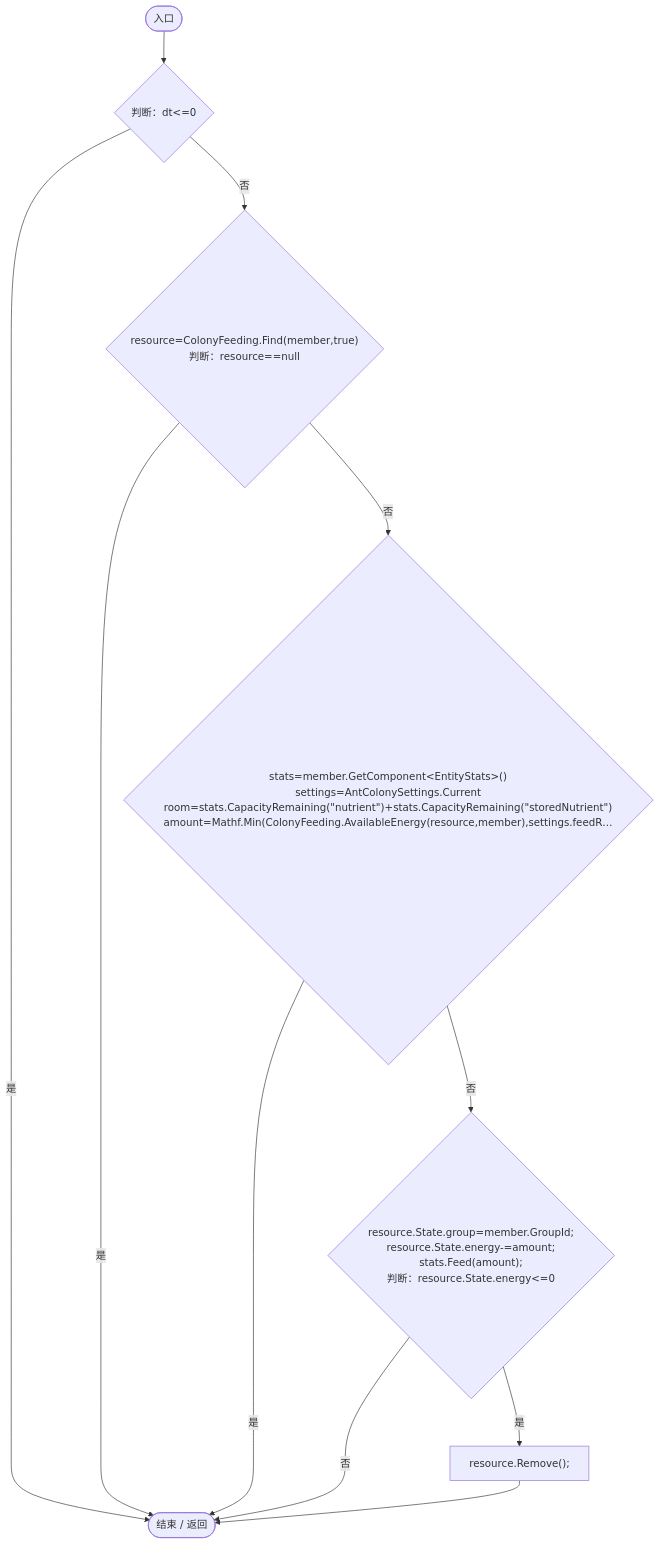
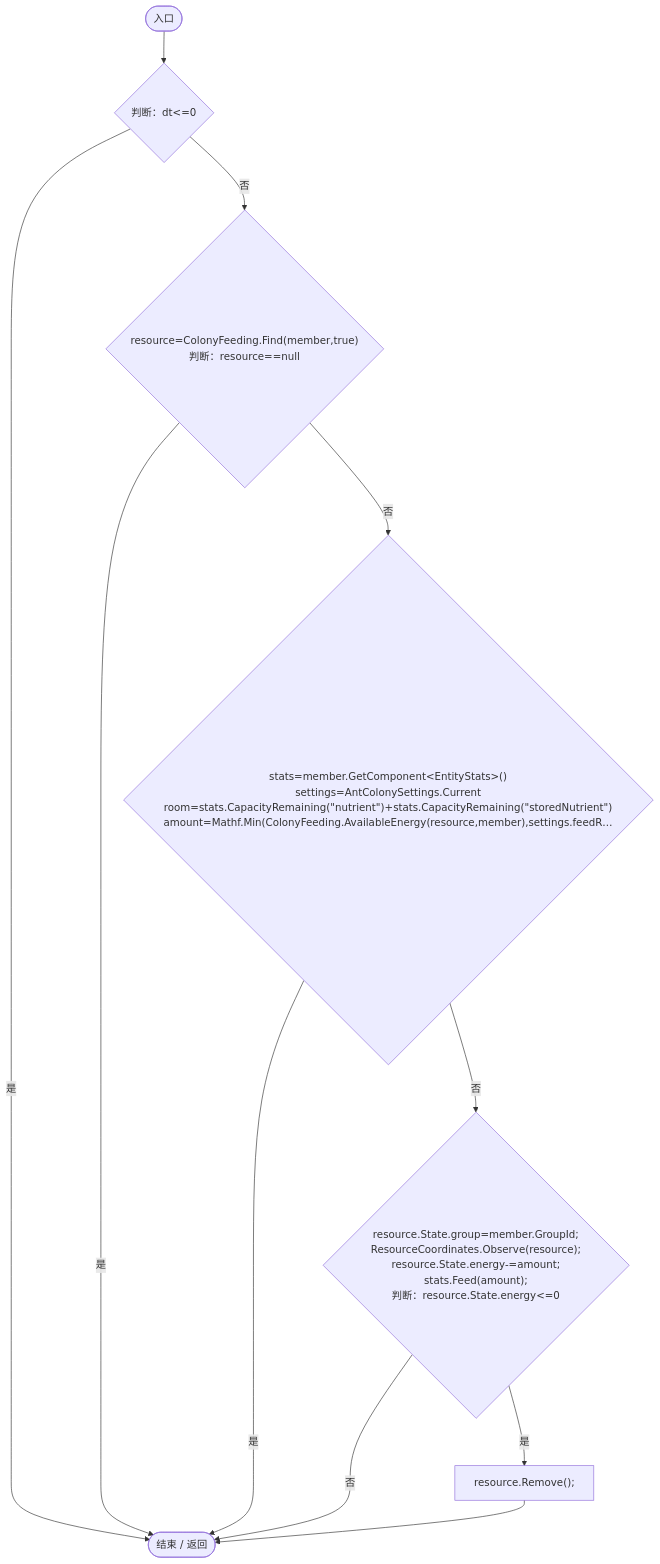
One commit to xhs6666/Darwin_paradise changed diagram 17 of 20 in Docs/运行流程图/脚本/293dbaecfff4b585.md. Above: the diagram before and after it, drawn with Mermaid. The commit also changed other lines of this file and 233 other files, not shown here.

````diff
--- a/Docs/运行流程图/脚本/293dbaecfff4b585.md
+++ b/Docs/运行流程图/脚本/293dbaecfff4b585.md
@@ -613,21 +612,21 @@
 ```mermaid
 flowchart TD
   b0(["入口"])
   b1{"判断：dt&lt;=0"}
   b2{"resource=ColonyFeeding.Find(member,true)<br/>判断：resource==null"}
   b3{"stats=member.GetComponent&lt;EntityStats&gt;()<br/>settings=AntColonySettings.Current<br/>room=stats.CapacityRemaining(&quot;nutrient&quot;)+stats.CapacityRemaining(&quot;storedNutrient&quot;)<br/>amount=Mathf.Min(ColonyFeeding.AvailableEnergy(resource,member),settings.feedR…"}
-  b4{"resource.State.group=member.GroupId;<br/>resource.State.energy-=amount;<br/>stats.Feed(amount);<br/>判断：resource.State.energy&lt;=0"}
+  b4{"resource.State.group=member.GroupId;<br/>ResourceCoordinates.Observe(resource);<br/>resource.State.energy-=amount;<br/>stats.Feed(amount);<br/>判断：resource.State.energy&lt;=0"}
   b5["resource.Remove();"]
   b6(["结束 / 返回"])
   b0 --> b1
   b1 -->|"是"| b6
   b1 -->|"否"| b2
   b2 -->|"是"| b6
   b2 -->|"否"| b3
   b3 -->|"是"| b6
   b3 -->|"否"| b4
   b4 -->|"是"| b5
   b4 -->|"否"| b6
   b5 --> b6
 
 ```
````
